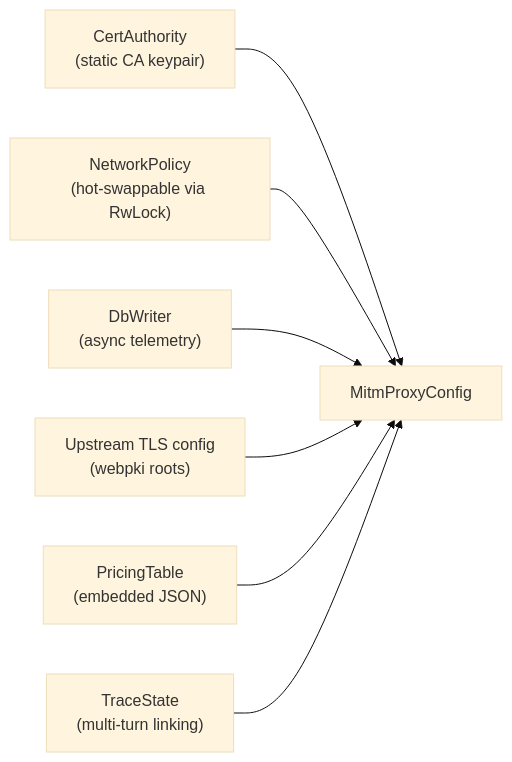
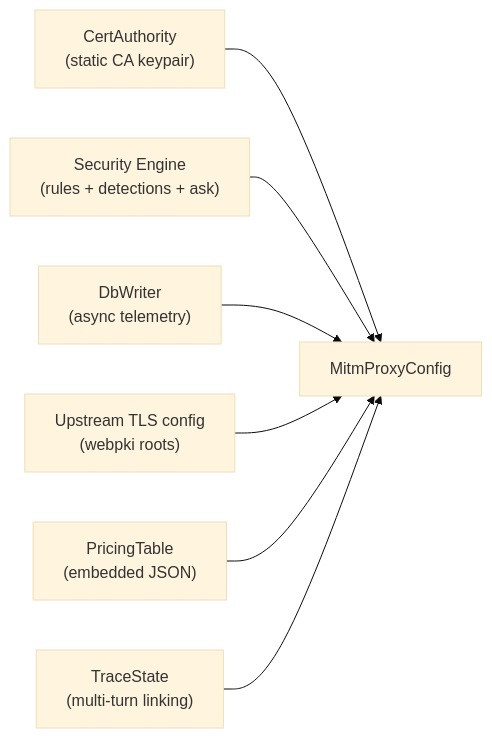
Before and after one commit to google/capsem: the second of 5 diagrams in docs/src/content/docs/architecture/mitm-proxy.md, drawn with Mermaid (base theme). The commit also changed other lines of this file and 11 other files, not shown here.

````diff
--- a/docs/src/content/docs/architecture/mitm-proxy.md
+++ b/docs/src/content/docs/architecture/mitm-proxy.md
@@ -33,16 +39,16 @@
 ```mermaid
 graph LR
     CA["CertAuthority<br/>(static CA keypair)"]
-    POL["NetworkPolicy<br/>(hot-swappable via RwLock)"]
+    SEC["Security Engine<br/>(rules + detections + ask)"]
     DB["DbWriter<br/>(async telemetry)"]
     TLS["Upstream TLS config<br/>(webpki roots)"]
     PRICE["PricingTable<br/>(embedded JSON)"]
     TRACE["TraceState<br/>(multi-turn linking)"]
 
     CA --> CFG["MitmProxyConfig"]
-    POL --> CFG
+    SEC --> CFG
     DB --> CFG
     TLS --> CFG
     PRICE --> CFG
     TRACE --> CFG
 ```
````
